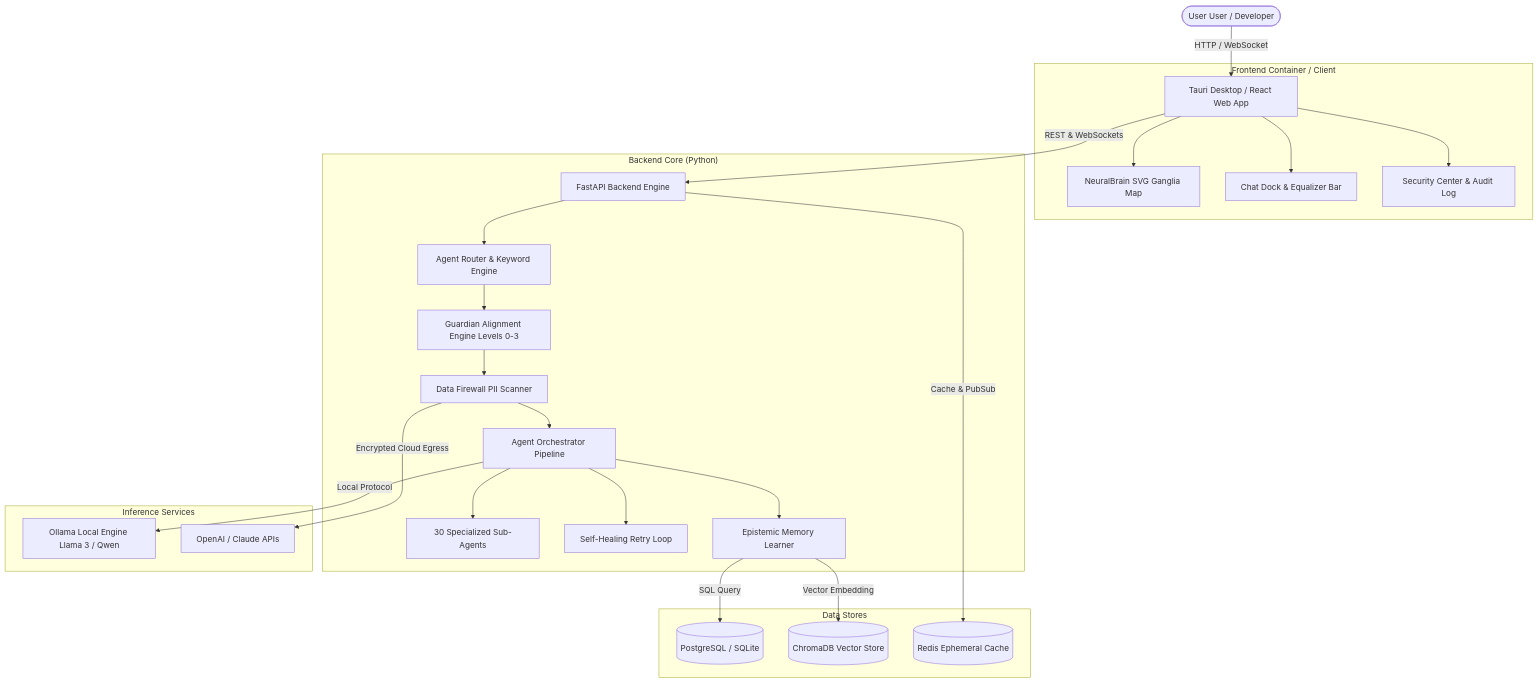
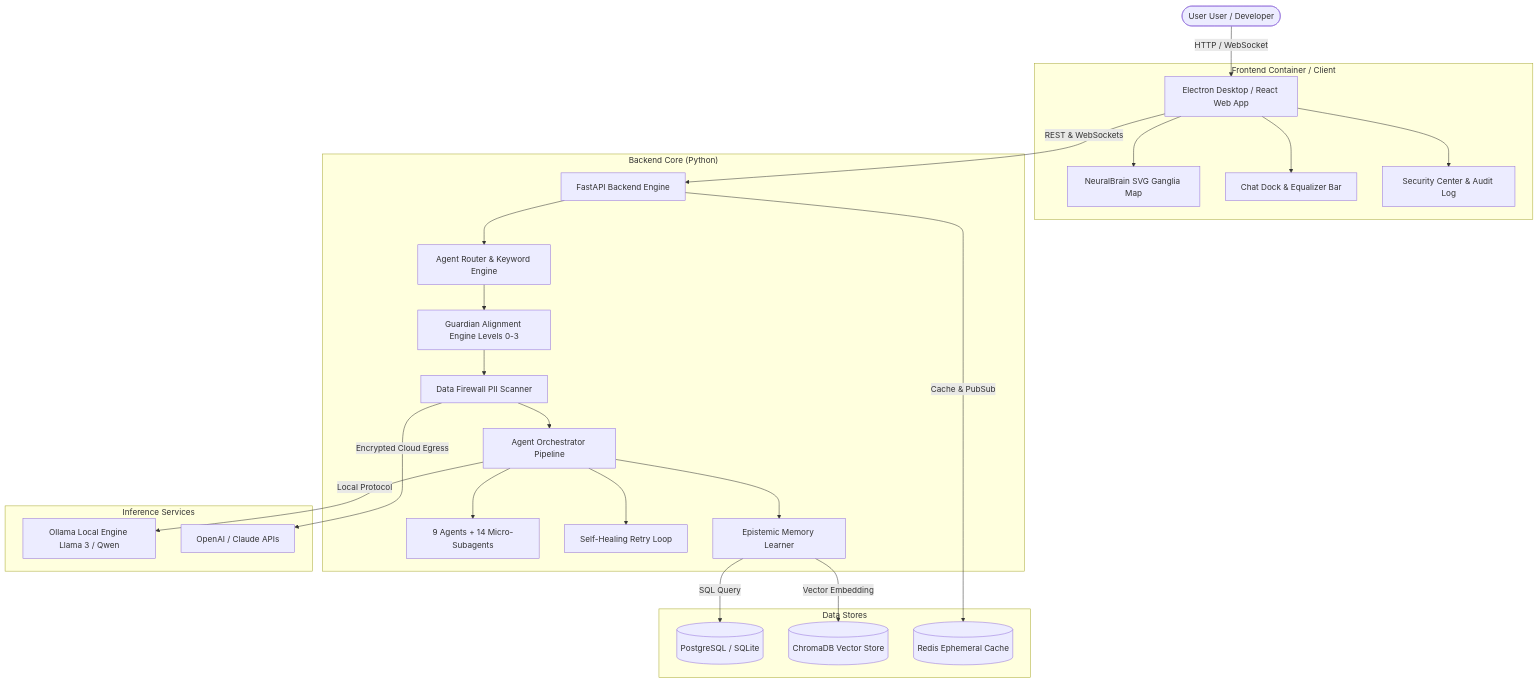
Before and after one commit to AkashKundu114/COPPER: the first of 2 diagrams in docs/diagrams/system-architecture.md, drawn with Mermaid. The commit also changed 22 other files, not shown here.

````diff
--- a/docs/diagrams/system-architecture.md
+++ b/docs/diagrams/system-architecture.md
@@ -7,33 +7,33 @@
 ```mermaid
 graph TD
-    User([User User / Developer]) -->|HTTP / WebSocket| UI[Tauri Desktop / React Web App]
+    User([User User / Developer]) -->|HTTP / WebSocket| UI[Electron Desktop / React Web App]
     
     subgraph Frontend ["Frontend Container / Client"]
         UI --> NeuralMap[NeuralBrain SVG Ganglia Map]
         UI --> ChatDock[Chat Dock & Equalizer Bar]
         UI --> SecCenter[Security Center & Audit Log]
     end
     
     UI -->|REST & WebSockets| API[FastAPI Backend Engine]
     
     subgraph Backend ["Backend Core (Python)"]
         API --> Router[Agent Router & Keyword Engine]
         Router --> Guardian[Guardian Alignment Engine Levels 0-3]
         Guardian --> Firewall[Data Firewall PII Scanner]
         Firewall --> Orchestrator[Agent Orchestrator Pipeline]
-        Orchestrator --> Agents[30 Specialized Sub-Agents]
+        Orchestrator --> Agents[9 Agents + 14 Micro-Subagents]
         Orchestrator --> SelfHealing[Self-Healing Retry Loop]
         Orchestrator --> Learner[Epistemic Memory Learner]
     end
     
     subgraph Services ["Inference Services"]
         Orchestrator -->|Local Protocol| Ollama[Ollama Local Engine Llama 3 / Qwen]
         Firewall -->|Encrypted Cloud Egress| CloudLLM[OpenAI / Claude APIs]
     end
     
     subgraph Persistence ["Data Stores"]
         Learner -->|SQL Query| DB[(PostgreSQL / SQLite)]
         Learner -->|Vector Embedding| VectorDB[(ChromaDB Vector Store)]
         API -->|Cache & PubSub| Redis[(Redis Ephemeral Cache)]
     end
 ```
````
